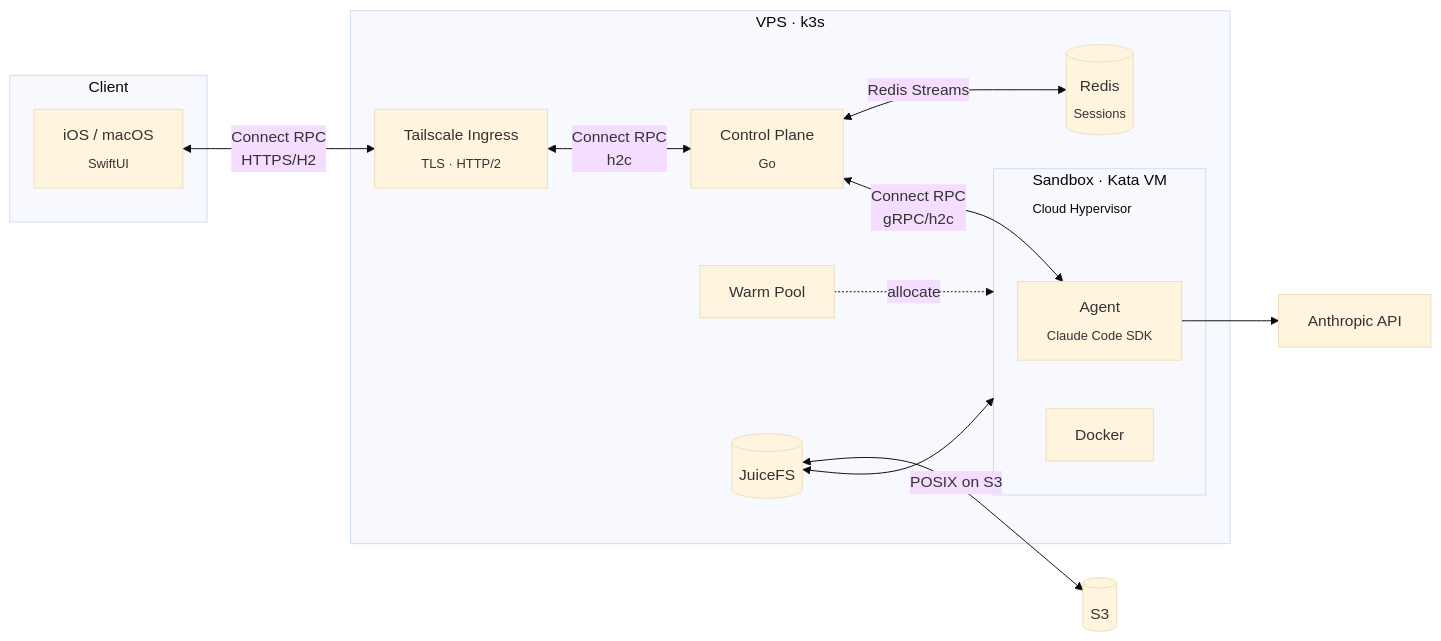
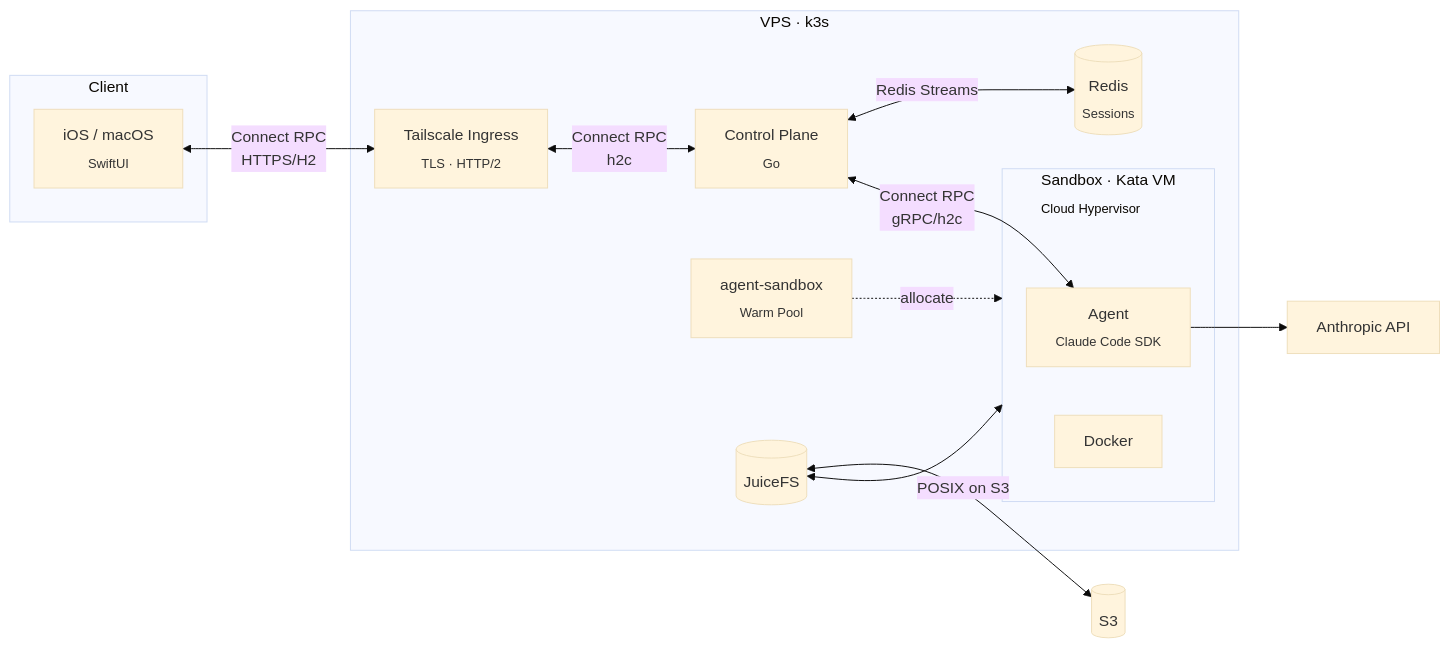
The first of 2 diagrams in README.md (evertonstz/netclode), drawn with Mermaid (base theme) before and after one commit.

Commit message:
docs: add agent-sandbox to warm pool node

````diff
--- a/README.md
+++ b/README.md
@@ -22,31 +22,31 @@
 ```mermaid
 flowchart LR
     subgraph CLIENT["Client"]
         APP["iOS / macOS<br/><sub>SwiftUI</sub>"]
     end
 
     subgraph VPS["VPS · k3s"]
         TS["Tailscale Ingress<br/><sub>TLS · HTTP/2</sub>"]
         CP["Control Plane<br/><sub>Go</sub>"]
         REDIS[("Redis<br/><sub>Sessions</sub>")]
-        POOL["Warm Pool"]
+        POOL["agent-sandbox<br/><sub>Warm Pool</sub>"]
         JFS[("JuiceFS")]
 
         subgraph SANDBOX["Sandbox · Kata VM<br/><sub>Cloud Hypervisor</sub>"]
             AGENT["Agent<br/><sub>Claude Code SDK</sub>"]
             DOCKER["Docker"]
         end
     end
 
     S3[("S3")]
     ANTHROPIC["Anthropic API"]
 
     APP <-->|"Connect RPC<br/>HTTPS/H2"| TS
     TS <-->|"Connect RPC<br/>h2c"| CP
     CP <-->|"Redis Streams"| REDIS
     CP <-->|"Connect RPC<br/>gRPC/h2c"| AGENT
     POOL -.->|"allocate"| SANDBOX
     JFS <--> SANDBOX
     JFS <-->|"POSIX on S3"| S3
     AGENT --> ANTHROPIC
 ```
````
